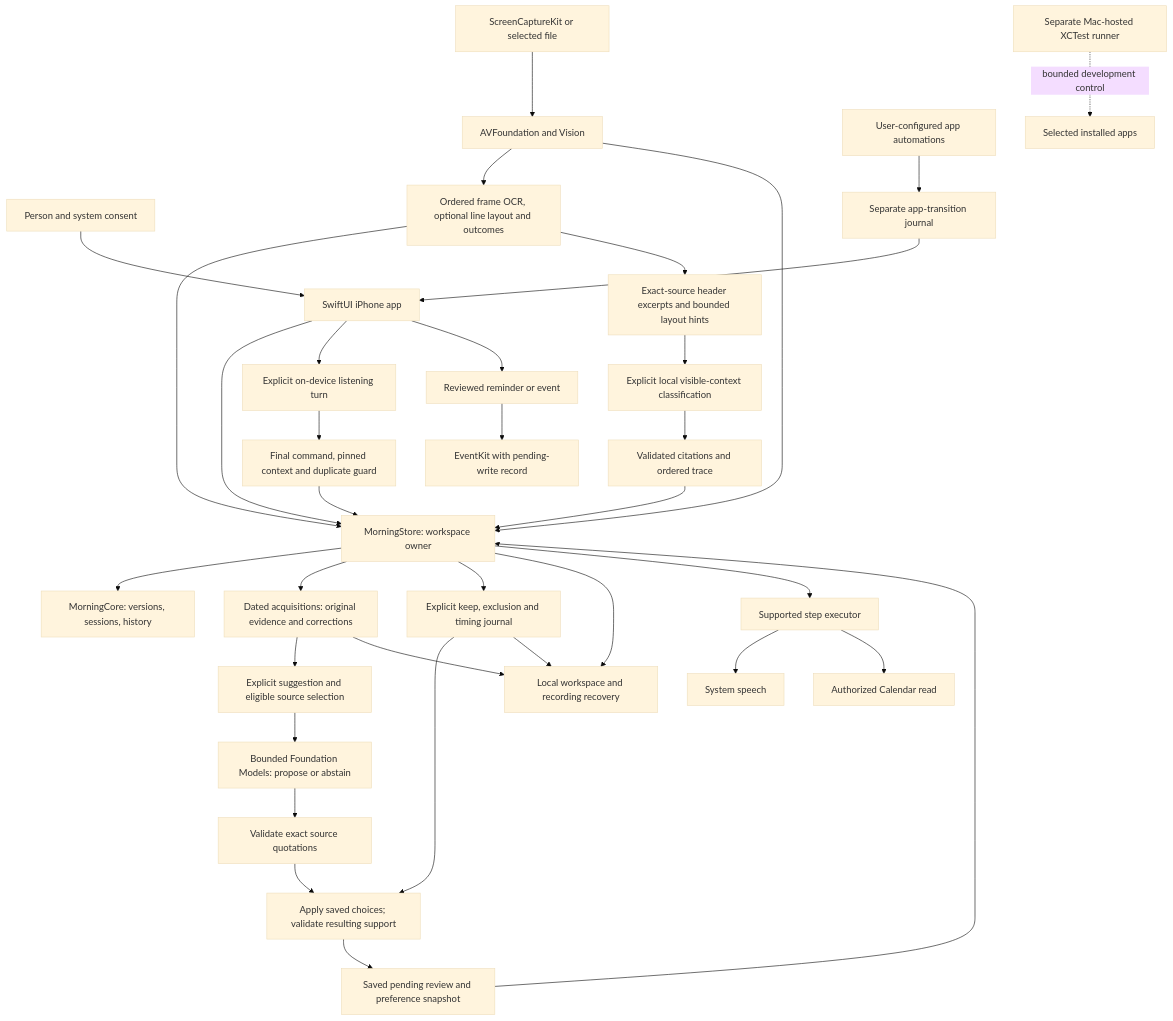
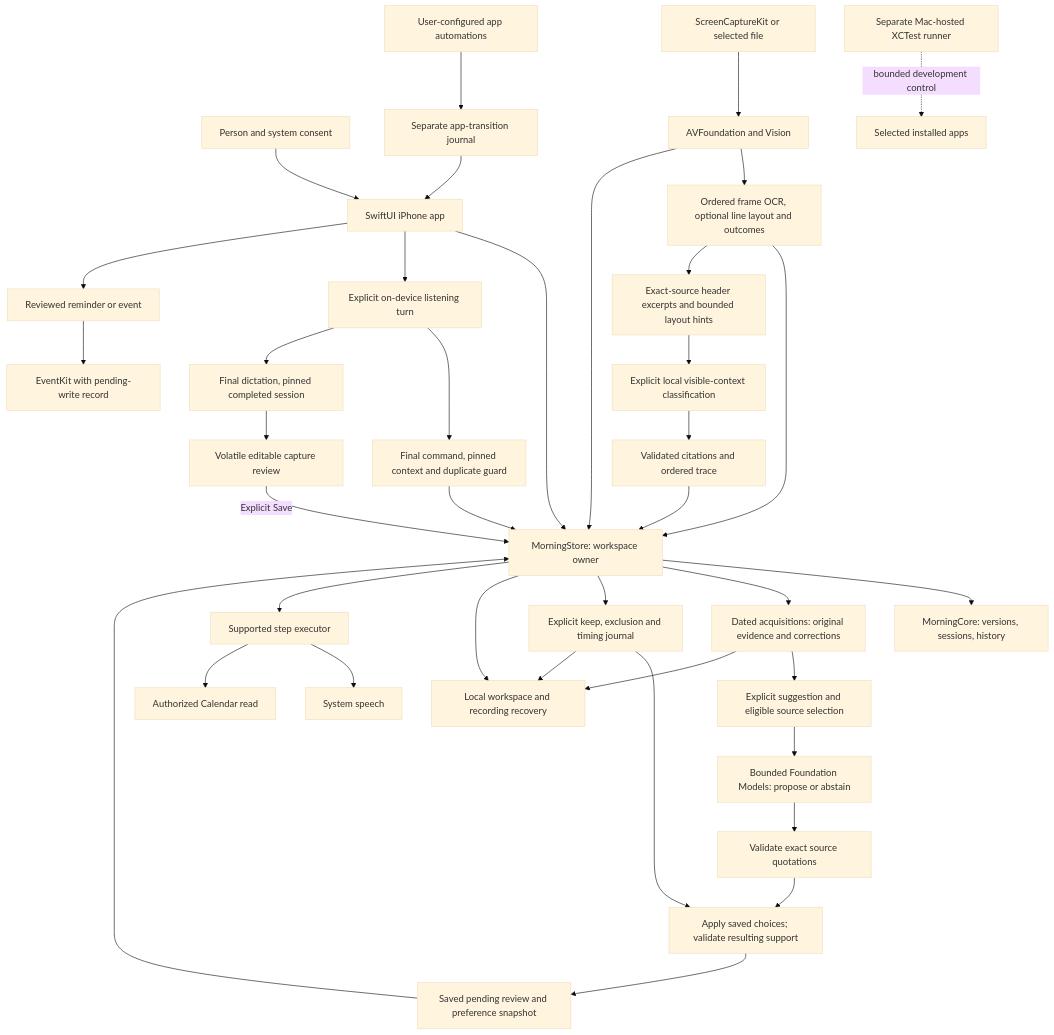
Before and after one commit to gderamchi/morning-operator: the first of 4 diagrams in docs/ARCHITECTURE.md, drawn with Mermaid (base theme). The commit also changed other lines of this file and 7 other files, not shown here.

````diff
--- a/docs/ARCHITECTURE.md
+++ b/docs/ARCHITECTURE.md
@@ -15,37 +15,40 @@
 ```mermaid
 flowchart TB
     Person["Person and system consent"] --> UI["SwiftUI iPhone app"]
     UI --> Store["MorningStore: workspace owner"]
     Capture["ScreenCaptureKit or selected file"] --> Media["AVFoundation and Vision"]
     Media --> Frames["Ordered frame OCR, optional line layout and outcomes"]
     Frames --> Store
     Frames --> Excerpts["Exact-source header excerpts and bounded layout hints"]
     Excerpts --> Context["Explicit local visible-context classification"]
     Context --> Trace["Validated citations and ordered trace"]
     Trace --> Store
     Media --> Store
     Store --> Core["MorningCore: versions, sessions, history"]
     Store --> Archive["Dated acquisitions: original evidence and corrections"]
     Archive --> Selection["Explicit suggestion and eligible source selection"]
     Selection --> Model["Bounded Foundation Models: propose or abstain"]
     Model --> Citations["Validate exact source quotations"]
     Store --> Preferences["Explicit keep, exclusion and timing journal"]
     Citations --> Reconcile["Apply saved choices; validate resulting support"]
     Preferences --> Reconcile
     Reconcile --> Pending["Saved pending review and preference snapshot"]
     Pending --> Store
     Preferences --> Disk
     Archive --> Disk
     Store --> Disk["Local workspace and recording recovery"]
     Store --> Runner["Supported step executor"]
     Runner --> Speech["System speech"]
     UI --> Listener["Explicit on-device listening turn"]
     Listener --> Command["Final command, pinned context and duplicate guard"]
     Command --> Store
+    Listener --> CaptureText["Final dictation, pinned completed session"]
+    CaptureText --> CaptureReview["Volatile editable capture review"]
+    CaptureReview -->|Explicit Save| Store
     Runner --> Calendar["Authorized Calendar read"]
     UI --> ReviewedSave["Reviewed reminder or event"]
     ReviewedSave --> EventKit["EventKit with pending-write record"]
     Shortcuts["User-configured app automations"] --> Journal["Separate app-transition journal"]
     Journal --> UI
     Harness["Separate Mac-hosted XCTest runner"] -. "bounded development control" .-> OtherApps["Selected installed apps"]
 ```
````
